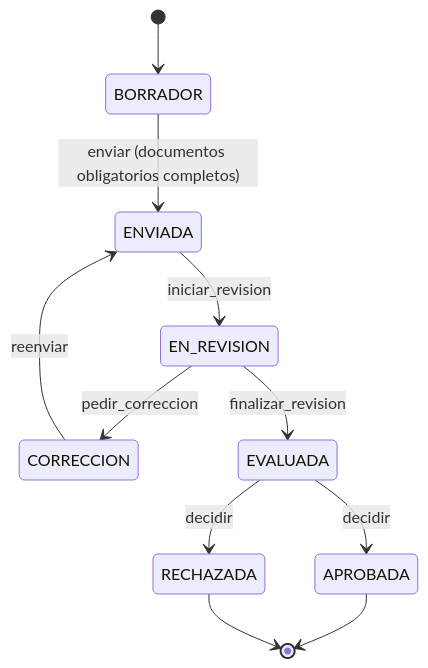
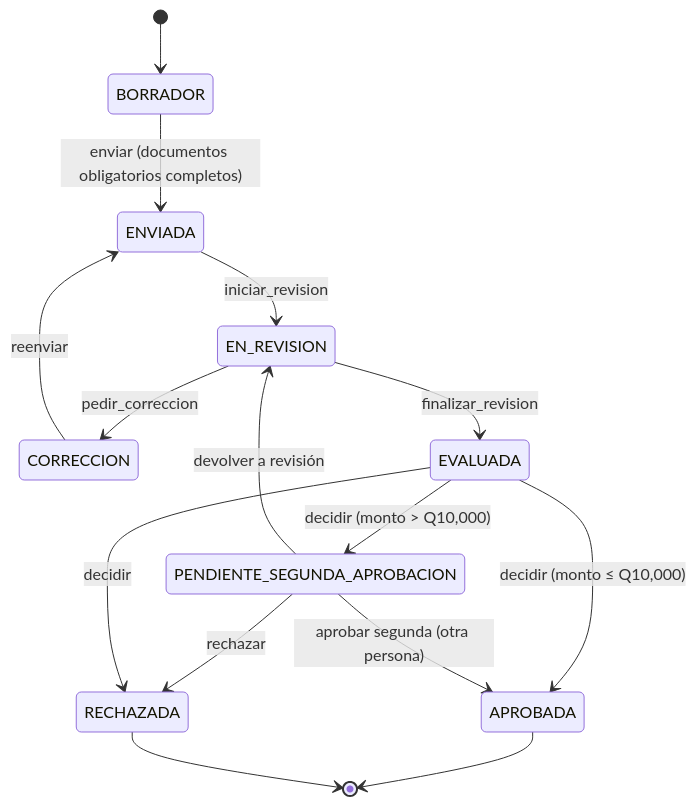
One commit to Deividcodv/proyecto-analisis-Eduviagt changed the fourth of 15 diagrams in doc/architecture/diagrams.md. Above: the diagram before and after it, drawn with Mermaid. The commit also changed other lines of this file and 40 other files, not shown here.

````diff
--- a/doc/architecture/diagrams.md
+++ b/doc/architecture/diagrams.md
@@ -71,13 +92,17 @@
 ```mermaid
 stateDiagram-v2
     [*] --> BORRADOR
     BORRADOR --> ENVIADA: enviar (documentos obligatorios completos)
     ENVIADA --> EN_REVISION: iniciar_revision
     EN_REVISION --> CORRECCION: pedir_correccion
     CORRECCION --> ENVIADA: reenviar
     EN_REVISION --> EVALUADA: finalizar_revision
-    EVALUADA --> APROBADA: decidir
+    EVALUADA --> APROBADA: decidir (monto ≤ Q10,000)
+    EVALUADA --> PENDIENTE_SEGUNDA_APROBACION: decidir (monto > Q10,000)
+    PENDIENTE_SEGUNDA_APROBACION --> APROBADA: aprobar segunda (otra persona)
+    PENDIENTE_SEGUNDA_APROBACION --> RECHAZADA: rechazar
+    PENDIENTE_SEGUNDA_APROBACION --> EN_REVISION: devolver a revisión
     EVALUADA --> RECHAZADA: decidir
     APROBADA --> [*]
     RECHAZADA --> [*]
 ```
````
